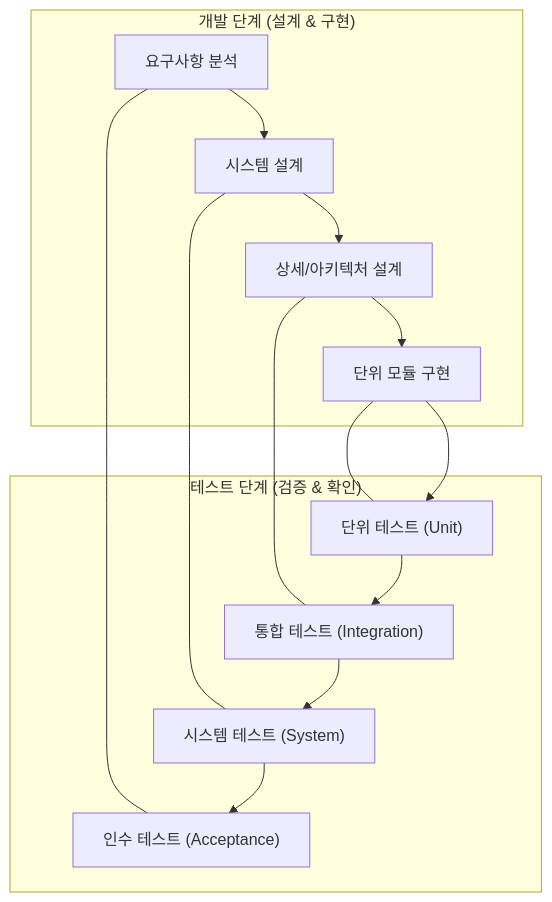
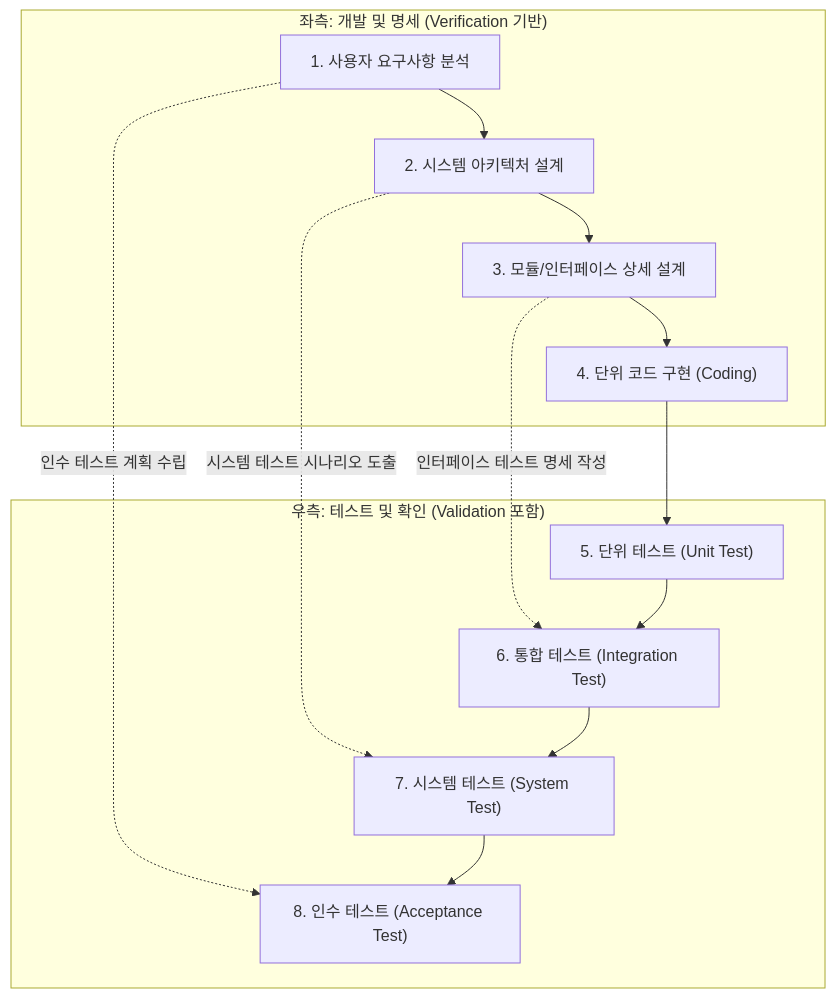
Before and after one commit to keimania/tech-notes: the second of 11 diagrams in 05_소프트웨어_공학.md, drawn with Mermaid. The commit also changed other lines of this file and 12 other files, not shown here.

````diff
--- a/05_소프트웨어_공학.md
+++ b/05_소프트웨어_공학.md
@@ -76,29 +151,23 @@
 ```mermaid
 flowchart TD
-    subgraph 개발_단계 ["개발 단계 (설계 & 구현)"]
-        A["요구사항 분석"]
-        B["시스템 설계"]
-        C["상세/아키텍처 설계"]
-        D["단위 모듈 구현"]
+    subgraph 좌측_개발_및_명세 ["좌측: 개발 및 명세 (Verification 기반)"]
+        R["1. 사용자 요구사항 분석"]
+        S["2. 시스템 아키텍처 설계"]
+        D["3. 모듈/인터페이스 상세 설계"]
+        C["4. 단위 코드 구현 (Coding)"]
     end
 
-    subgraph 테스트_단계 ["테스트 단계 (검증 & 확인)"]
-        G["인수 테스트 (Acceptance)"]
-        F["시스템 테스트 (System)"]
-        E["통합 테스트 (Integration)"]
-        H["단위 테스트 (Unit)"]
+    subgraph 우측_테스트_및_검증 ["우측: 테스트 및 확인 (Validation 포함)"]
+        AT["8. 인수 테스트 (Acceptance Test)"]
+        ST["7. 시스템 테스트 (System Test)"]
+        IT["6. 통합 테스트 (Integration Test)"]
+        UT["5. 단위 테스트 (Unit Test)"]
     end
 
-    A --- G
-    B --- F
-    C --- E
-    D --- H
+    R -. "인수 테스트 계획 수립" .-> AT
+    S -. "시스템 테스트 시나리오 도출" .-> ST
+    D -. "인터페이스 테스트 명세 작성" .-> IT
 
-    A --> B
-    B --> C
-    C --> D
-    D --> H
-    H --> E
-    E --> F
-    F --> G
+    R --> S --> D --> C
+    C --> UT --> IT --> ST --> AT
 ```
````
